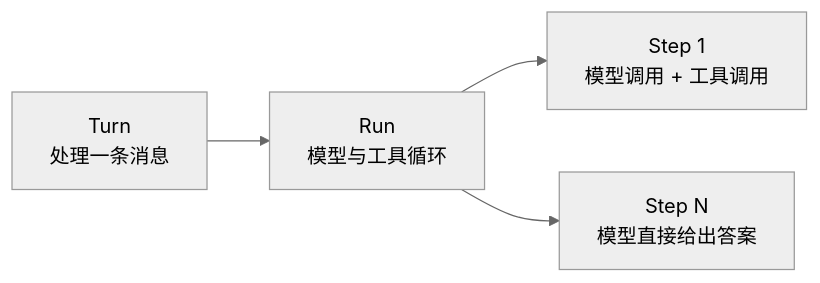
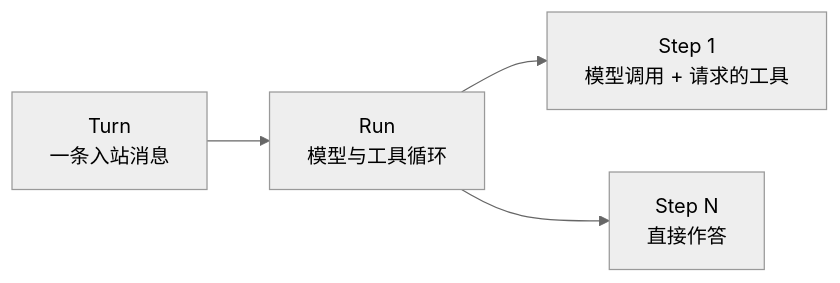
Before and after one commit to bubbuild/bub: the first of 2 diagrams in website/src/content/docs/zh-cn/docs/concepts/turn.mdx, drawn with Mermaid (neutral theme). The commit also changed other lines of this file and 72 other files, not shown here.

````diff
--- a/website/src/content/docs/zh-cn/docs/concepts/turn.mdx
+++ b/website/src/content/docs/zh-cn/docs/concepts/turn.mdx
@@ -15,6 +16,6 @@
 ```mermaid
 flowchart LR
-  T["Turn<br/>处理一条消息"] --> R["Run<br/>模型与工具循环"]
-  R --> S1["Step 1<br/>模型调用 + 工具调用"]
-  R --> S2["Step N<br/>模型直接给出答案"]
+  T["Turn<br/>一条入站消息"] --> R["Run<br/>模型与工具循环"]
+  R --> S1["Step 1<br/>模型调用 + 请求的工具"]
+  R --> S2["Step N<br/>直接作答"]
 ```
````
